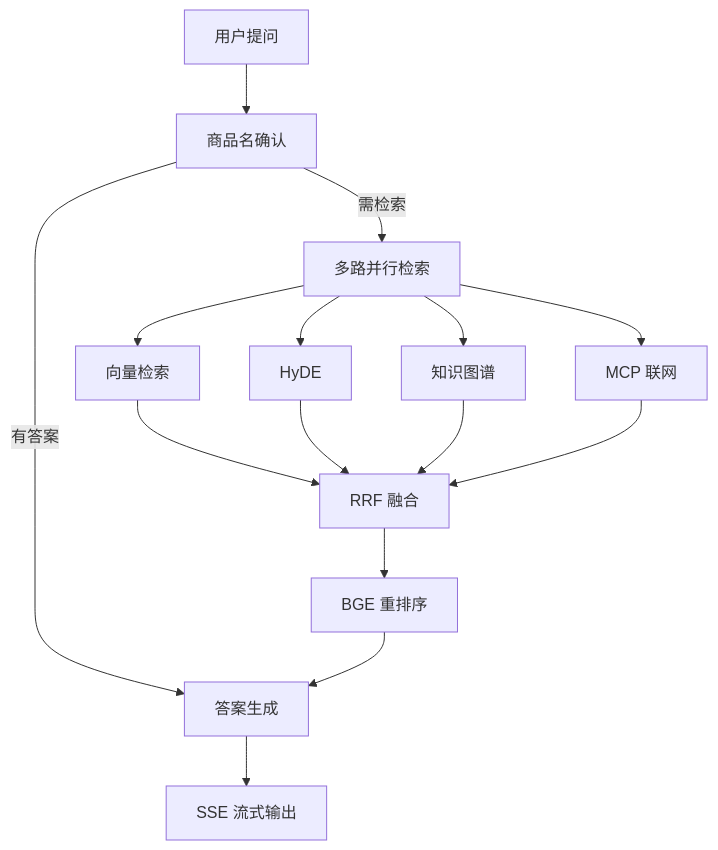
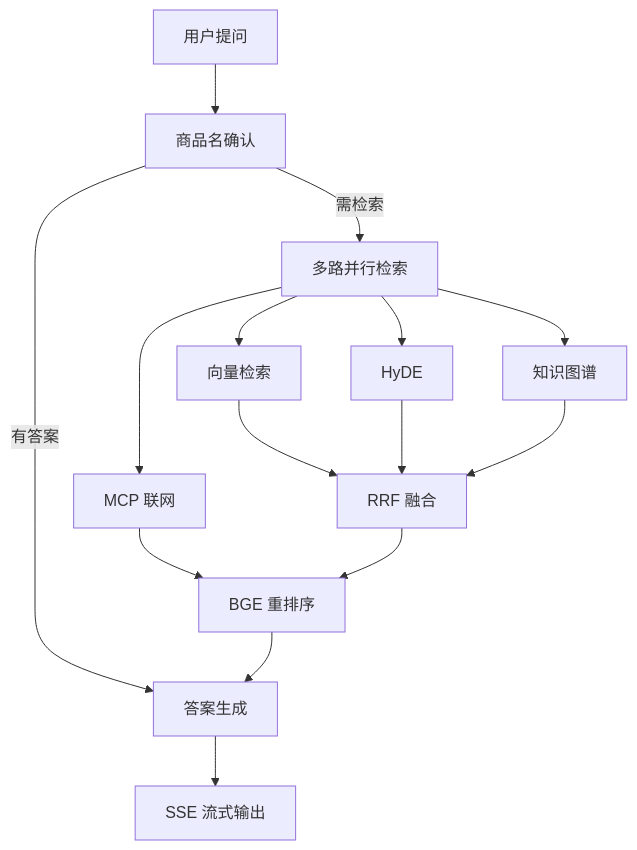
One commit to boobji/Shopkeeper-Knowledge-Base changed the second of 2 diagrams in README.md. Above: the diagram before and after it, drawn with Mermaid. The commit also changed other lines of this file and 10 other files, not shown here.

````diff
--- a/README.md
+++ b/README.md
@@ -69,17 +72,17 @@
 ```mermaid
 graph TD
     A[用户提问] --> B[商品名确认]
     B -->|有答案| I[答案生成]
     B -->|需检索| C[多路并行检索]
     C --> D[向量检索]
     C --> E[HyDE]
     C --> F[知识图谱]
     C --> G[MCP 联网]
     D --> H[RRF 融合]
     E --> H
     F --> H
-    G --> H
+    G --> J
     H --> J[BGE 重排序]
     J --> I
     I --> K[SSE 流式输出]
 ```
````
